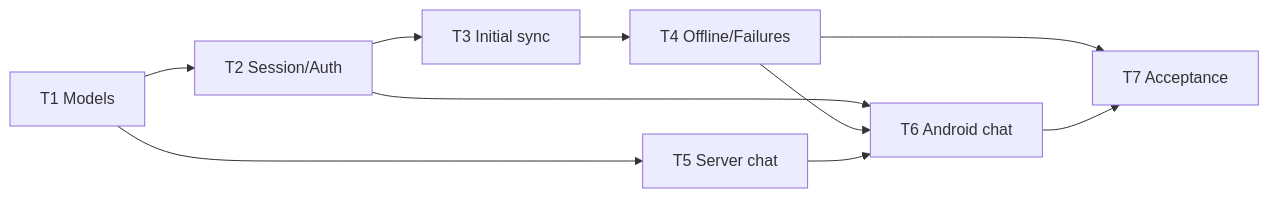
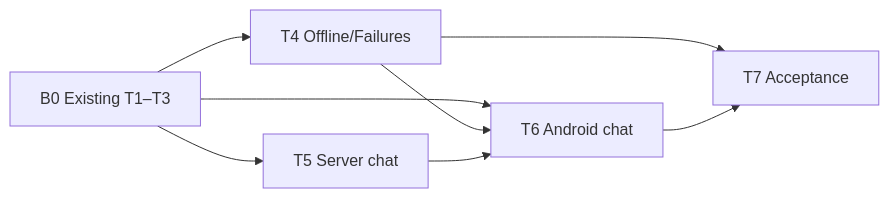
Before and after one commit to Yggdrasil-Labs/mealmeat-lite: the diagram in docs/active/0.1.0/remediation/plan.md, drawn with Mermaid. The commit also changed other lines of this file, not shown here.

````diff
--- a/docs/active/0.1.0/remediation/plan.md
+++ b/docs/active/0.1.0/remediation/plan.md
@@ -53,12 +64,10 @@
 ```mermaid
 flowchart LR
-  T1["T1 Models"] --> T2["T2 Session/Auth"]
-  T2 --> T3["T3 Initial sync"]
-  T3 --> T4["T4 Offline/Failures"]
-  T1 --> T5["T5 Server chat"]
-  T2 --> T6["T6 Android chat"]
+  B0["B0 Existing T1–T3"] --> T4["T4 Offline/Failures"]
+  B0 --> T5["T5 Server chat"]
+  B0 --> T6["T6 Android chat"]
   T4 --> T6
   T5 --> T6
   T4 --> T7["T7 Acceptance"]
   T6 --> T7
 ```
````
